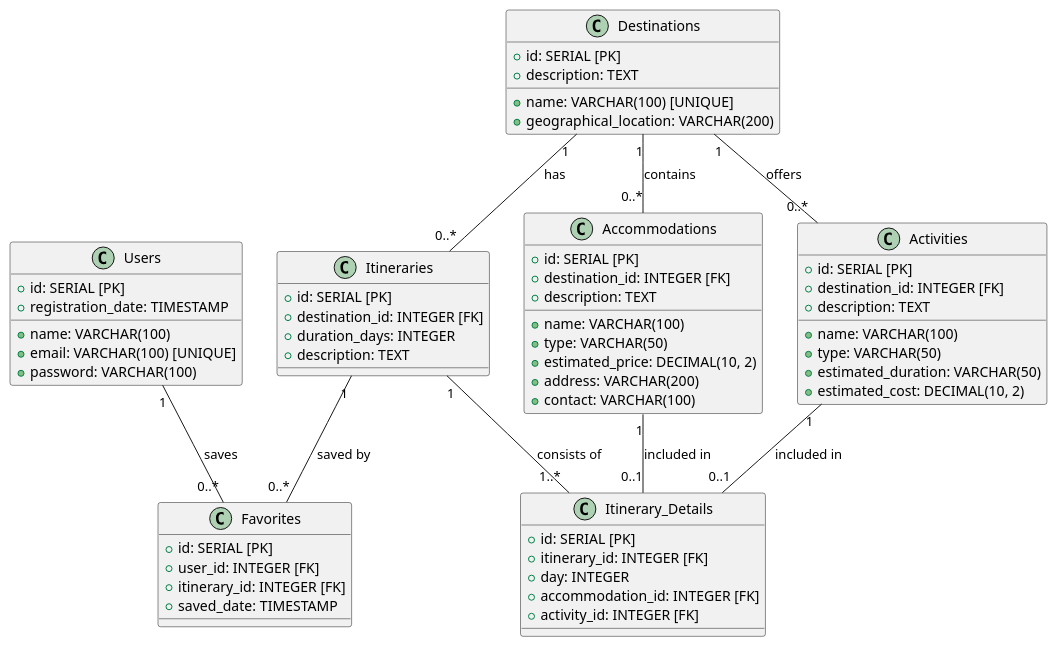
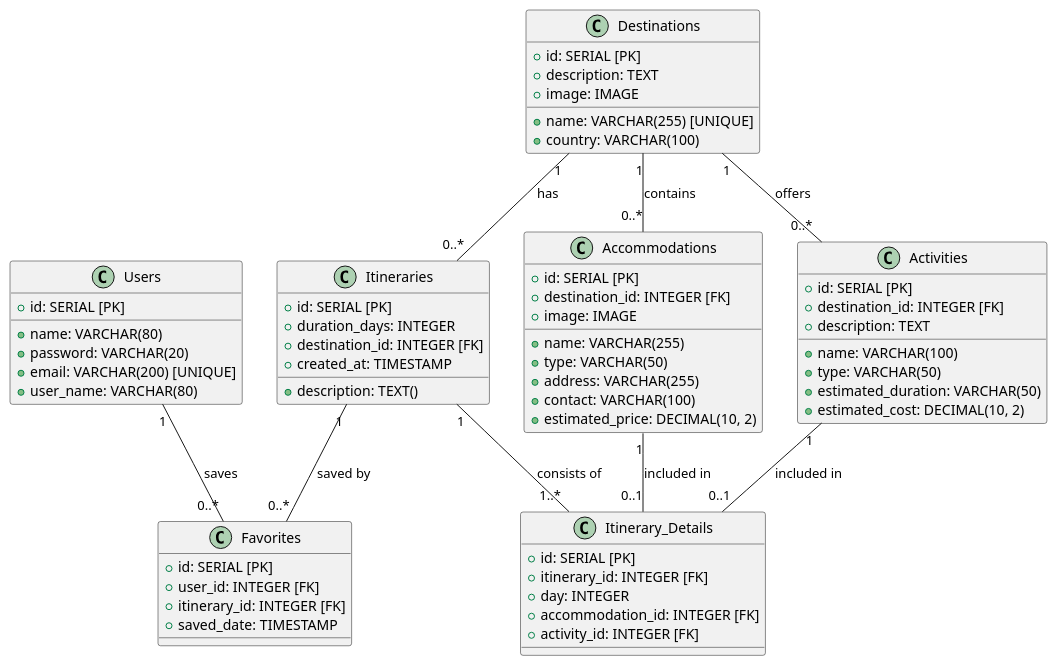
The diagram in diagram.puml (Fire-Fairy84/trip_planner_back), drawn with PlantUML before and after one commit. The commit also changed other lines of this file and 4 other files, not shown here.

```diff
--- a/diagram.puml
+++ b/diagram.puml
@@ -1,74 +1,76 @@
    @startuml
 
 ' Definition of the entities
 
 class Users {
     +id: SERIAL [PK]
-    +name: VARCHAR(100)
-    +email: VARCHAR(100) [UNIQUE]
-    +password: VARCHAR(100)
-    + registration_date: TIMESTAMP
+    +name: VARCHAR(80)
+    +password: VARCHAR(20)
+    +email: VARCHAR(200) [UNIQUE]
+    +user_name: VARCHAR(80)
 }
 
 class Destinations {
     +id: SERIAL [PK]
-    +name: VARCHAR(100) [UNIQUE]
+    +name: VARCHAR(255) [UNIQUE]
     +description: TEXT
-    +geographical_location: VARCHAR(200)
+    +country: VARCHAR(100)
+    +image: IMAGE
 }
 
 class Accommodations {
     +id: SERIAL [PK]
+    +name: VARCHAR(255)
+    +type: VARCHAR(50)
+    +address: VARCHAR(255)
+    +contact: VARCHAR(100)
+    +estimated_price: DECIMAL(10, 2)
     +destination_id: INTEGER [FK]
-    +name: VARCHAR(100)
-    +type: VARCHAR(50)
-    +estimated_price: DECIMAL(10, 2)
-    +address: VARCHAR(200)
-    +contact: VARCHAR(100)
-    +description: TEXT
+    +image: IMAGE
 }
 
 class Activities {
     +id: SERIAL [PK]
     +destination_id: INTEGER [FK]
     +name: VARCHAR(100)
     +description: TEXT
     +type: VARCHAR(50)
     +estimated_duration: VARCHAR(50)
     +estimated_cost: DECIMAL(10, 2)
 }
 
 class Itineraries {
     +id: SERIAL [PK]
+    +description: TEXT()
+    +duration_days: INTEGER
     +destination_id: INTEGER [FK]
-    +duration_days: INTEGER
-    +description: TEXT
+    +created_at: TIMESTAMP
 }
 
 class Itinerary_Details {
     +id: SERIAL [PK]
     +itinerary_id: INTEGER [FK]
     +day: INTEGER
     +accommodation_id: INTEGER [FK]
     +activity_id: INTEGER [FK]
 }
 
 class Favorites {
     +id: SERIAL [PK]
     +user_id: INTEGER [FK]
     +itinerary_id: INTEGER [FK]
     +saved_date: TIMESTAMP
 }
 
 ' Relationships with cardinality
 
 Users "1" -- "0..*" Favorites : saves
 Destinations "1" -- "0..*" Accommodations : contains
 Destinations "1" -- "0..*" Activities : offers
 Destinations "1" -- "0..*" Itineraries : has
 Itineraries "1" -- "1..*" Itinerary_Details : consists of
 Accommodations "1" -- "0..1" Itinerary_Details : included in
 Activities "1" -- "0..1" Itinerary_Details : included in
 Itineraries "1" -- "0..*" Favorites : saved by
 
 @enduml
```
